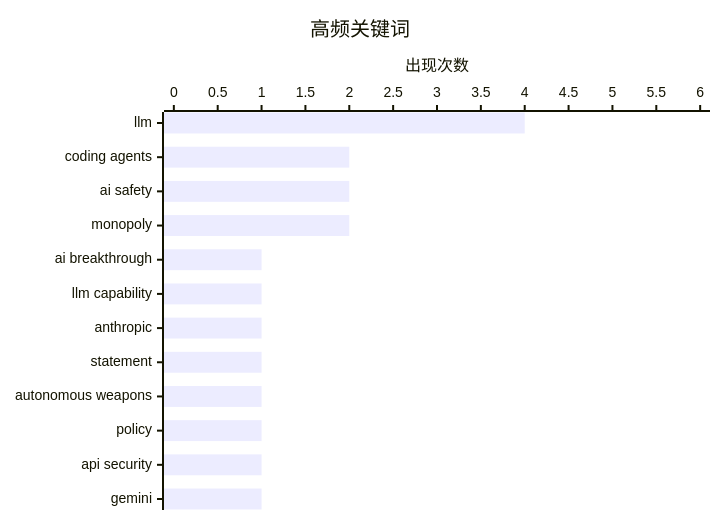
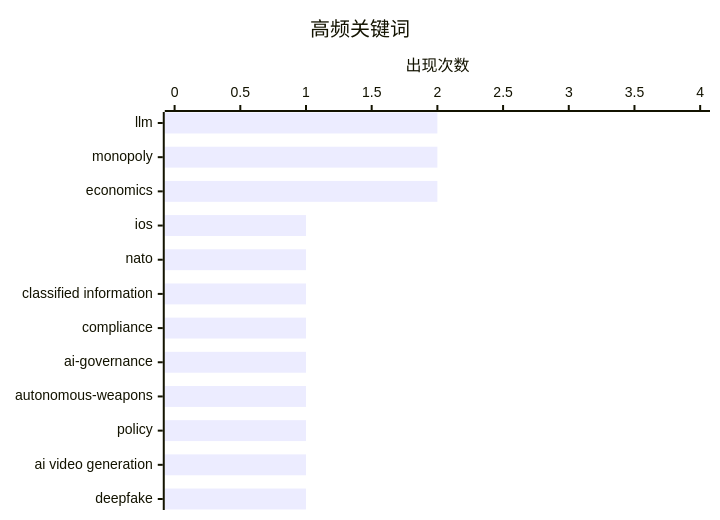
One commit to 0xEmberZz/daily-digest changed the second of 2 diagrams in digests/latest.md. Above: the diagram before and after it, drawn with Mermaid. The commit also changed other lines of this file and 1 other file, not shown here.

````diff
--- a/digests/latest.md
+++ b/digests/latest.md
@@ -80,7 +80,7 @@
 ```mermaid
 xychart-beta horizontal
     title "高频关键词"
-    x-axis ["llm", "coding agents", "ai safety", "monopoly", "ai breakthrough", "llm capability", "anthropic", "statement", "autonomous weapons", "policy", "api security", "gemini"]
-    y-axis "出现次数" 0 --> 6
-    bar [4, 2, 2, 2, 1, 1, 1, 1, 1, 1, 1, 1]
+    x-axis ["llm", "monopoly", "economics", "ios", "nato", "classified information", "compliance", "ai-governance", "autonomous-weapons", "policy", "ai video generation", "deepfake"]
+    y-axis "出现次数" 0 --> 4
+    bar [2, 2, 2, 1, 1, 1, 1, 1, 1, 1, 1, 1]
 ```
````
